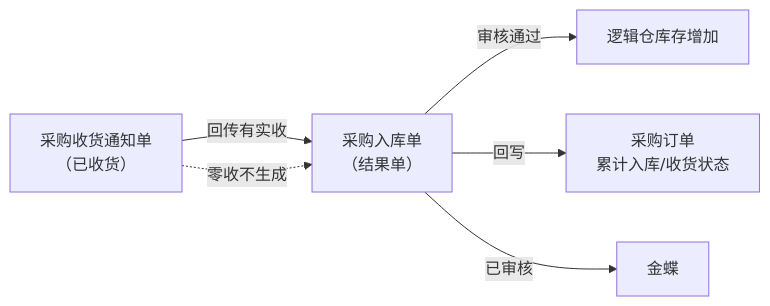
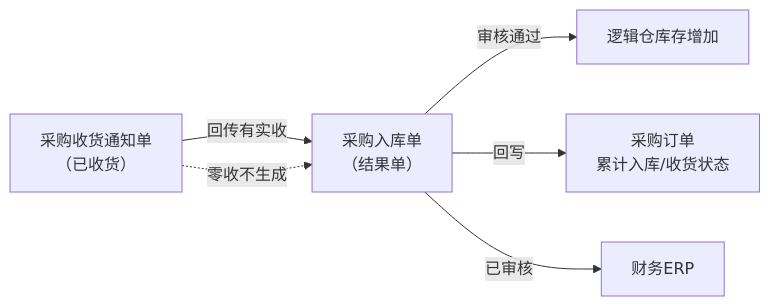
Before and after one commit to TopVitamin/QS-ERP-Project: the first of 3 diagrams in 04-产品设计方案/20260812-ERP项目第一版框架搭建/需求文档PRD/2-采购管理/采购入库单/采购入库单主PRD.md, drawn with Mermaid. The commit also changed other lines of this file and 354 other files, not shown here.

````diff
--- a/04-产品设计方案/20260812-ERP项目第一版框架搭建/需求文档PRD/2-采购管理/采购入库单/采购入库单主PRD.md
+++ b/04-产品设计方案/20260812-ERP项目第一版框架搭建/需求文档PRD/2-采购管理/采购入库单/采购入库单主PRD.md
@@ -108,8 +109,8 @@
 ```mermaid
 flowchart LR
     A["采购收货通知单<br/>（已收货）"] -->|"回传有实收"| B["采购入库单<br/>（结果单）"]
     B -->|"审核通过"| C["逻辑仓库存增加"]
     B -->|"回写"| D["采购订单<br/>累计入库/收货状态"]
-    B -->|"已审核"| E["金蝶"]
+    B -->|"已审核"| E["财务ERP"]
     A -.->|"零收不生成"| B
 ```
````
